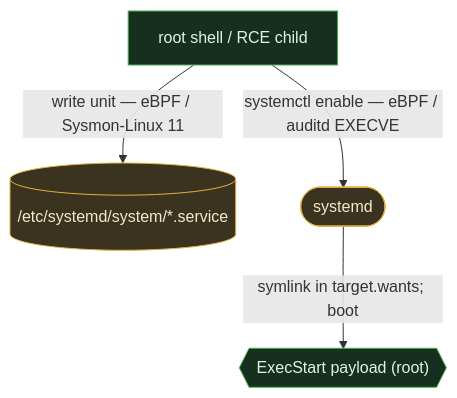
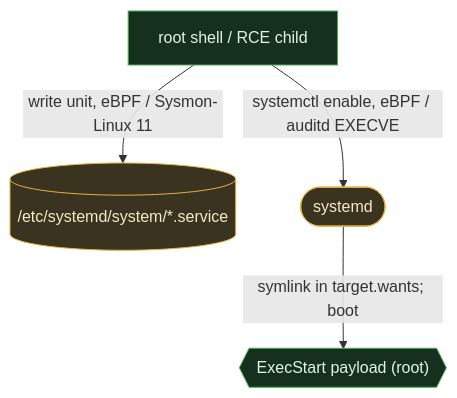
The third of 4 diagrams in src/persistence/01-service-daemon.md (iimp0ster/os-internals-de-guide), drawn with Mermaid before and after one commit. The commit also changed other lines of this file and 53 other files, not shown here.

````diff
--- a/src/persistence/01-service-daemon.md
+++ b/src/persistence/01-service-daemon.md
@@ -80,8 +77,8 @@
 ```mermaid
 flowchart TB
-    P["root shell / RCE child"]:::seen -->|"write unit — eBPF / Sysmon-Linux 11"| CFG[("/etc/systemd/system/*.service")]:::part
-    P -->|"systemctl enable — eBPF / auditd EXECVE"| MGR(["systemd"]):::part
+    P["root shell / RCE child"]:::seen -->|"write unit, eBPF / Sysmon-Linux 11"| CFG[("/etc/systemd/system/*.service")]:::part
+    P -->|"systemctl enable, eBPF / auditd EXECVE"| MGR(["systemd"]):::part
     MGR -->|"symlink in target.wants; boot"| PAY{{"ExecStart payload (root)"}}:::seen
     classDef seen fill:#15301f,stroke:#4caf50,color:#dff5e4;
     classDef part fill:#3a3320,stroke:#e2b341,color:#f5e9c8;
 ```
````
